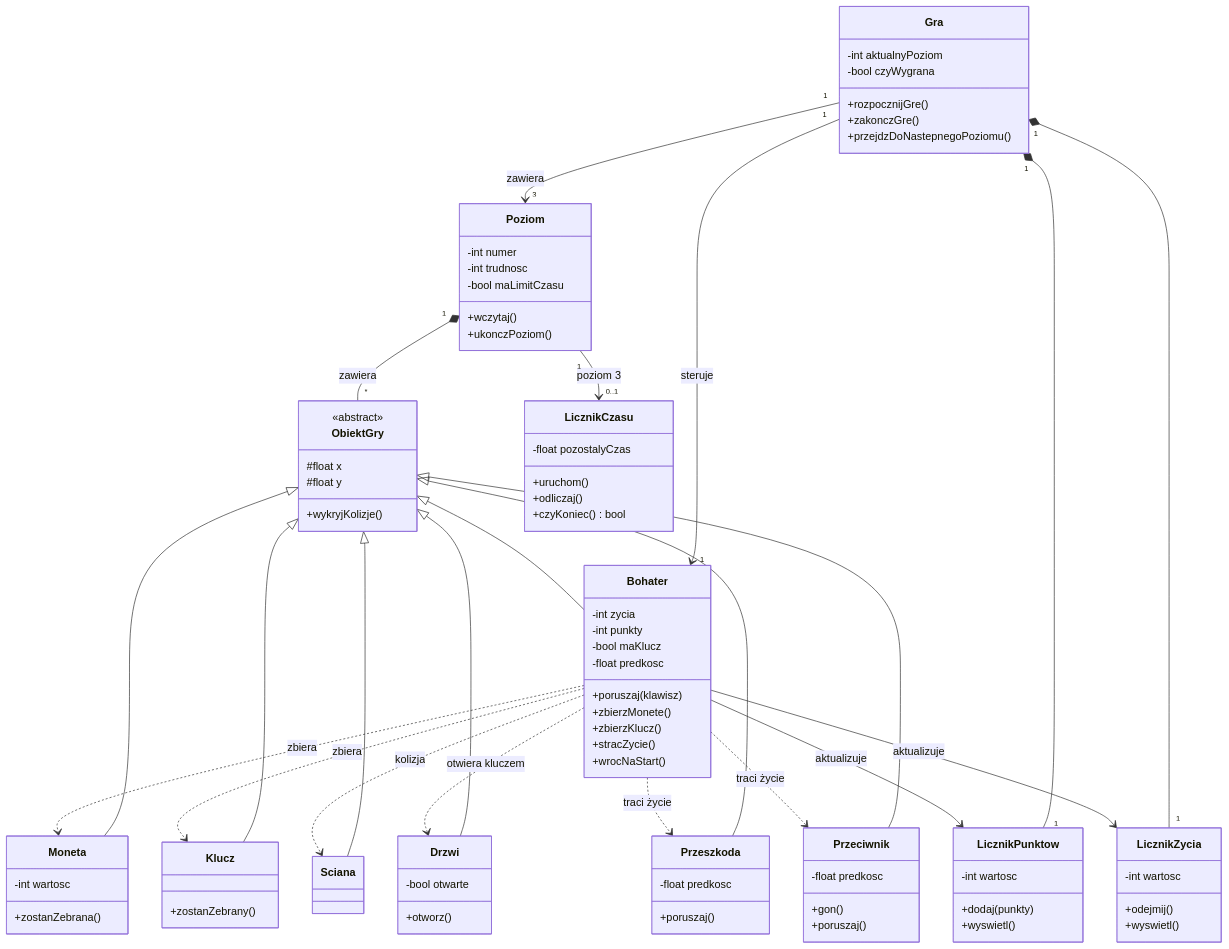
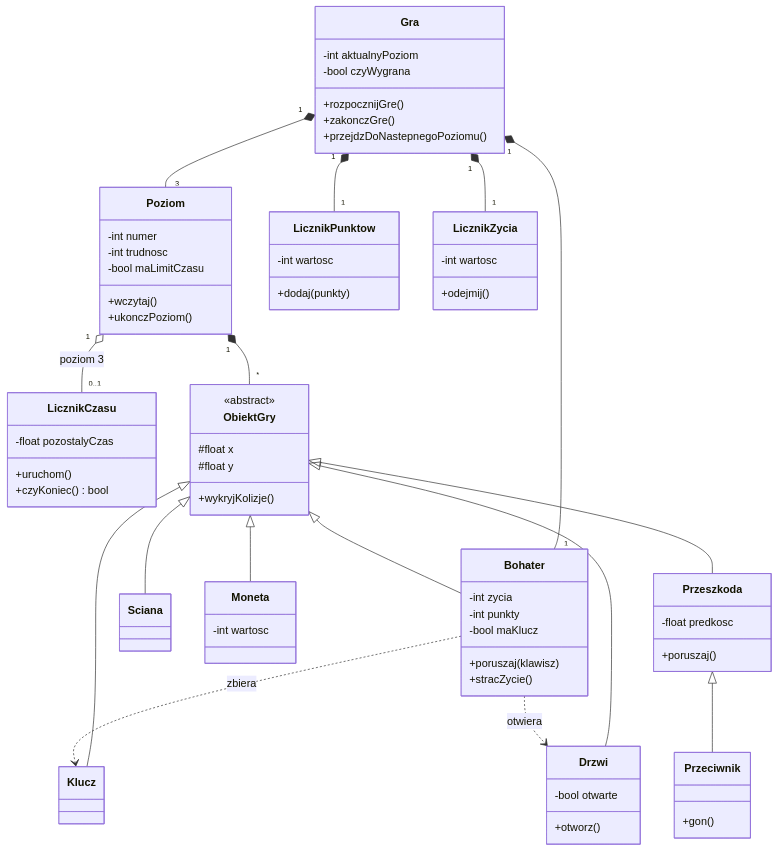
The diagram in DiagramKlas.md (damian1726/cokowliek), drawn with Mermaid before and after one commit.

````diff
--- a/DiagramKlas.md
+++ b/DiagramKlas.md
@@ -1,5 +1,7 @@
 ```mermaid
 classDiagram
+    direction TB
+
     class Gra {
         -int aktualnyPoziom
         -bool czyWygrana
@@ -16,16 +18,20 @@
         +ukonczPoziom()
     }
 
-    class Bohater {
-        -int zycia
-        -int punkty
-        -bool maKlucz
-        -float predkosc
-        +poruszaj(klawisz)
-        +zbierzMonete()
-        +zbierzKlucz()
-        +stracZycie()
-        +wrocNaStart()
+    class LicznikPunktow {
+        -int wartosc
+        +dodaj(punkty)
+    }
+
+    class LicznikZycia {
+        -int wartosc
+        +odejmij()
+    }
+
+    class LicznikCzasu {
+        -float pozostalyCzas
+        +uruchom()
+        +czyKoniec() bool
     }
 
     class ObiektGry {
@@ -35,57 +41,37 @@
         +wykryjKolizje()
     }
 
+    class Bohater {
+        -int zycia
+        -int punkty
+        -bool maKlucz
+        +poruszaj(klawisz)
+        +stracZycie()
+    }
+
     class Sciana
     class Moneta {
         -int wartosc
-        +zostanZebrana()
     }
-
-    class Klucz {
-        +zostanZebrany()
-    }
-
+    class Klucz
     class Drzwi {
         -bool otwarte
         +otworz()
     }
-
     class Przeszkoda {
         -float predkosc
         +poruszaj()
     }
-
     class Przeciwnik {
-        -float predkosc
         +gon()
-        +poruszaj()
     }
 
-    class LicznikPunktow {
-        -int wartosc
-        +dodaj(punkty)
-        +wyswietl()
-    }
-
-    class LicznikZycia {
-        -int wartosc
-        +odejmij()
-        +wyswietl()
-    }
-
-    class LicznikCzasu {
-        -float pozostalyCzas
-        +uruchom()
-        +odliczaj()
-        +czyKoniec() bool
-    }
-
-    Gra "1" --> "3" Poziom : zawiera
-    Gra "1" --> "1" Bohater : steruje
-    Poziom "1" *-- "*" ObiektGry : zawiera
-    Poziom "1" --> "0..1" LicznikCzasu : poziom 3
+    Gra "1" *-- "3" Poziom
+    Gra "1" *-- "1" Bohater
     Gra "1" *-- "1" LicznikPunktow
     Gra "1" *-- "1" LicznikZycia
+    Poziom "1" o-- "0..1" LicznikCzasu : poziom 3
+    Poziom "1" *-- "*" ObiektGry
 
     ObiektGry <|-- Bohater
     ObiektGry <|-- Sciana
@@ -93,14 +79,8 @@
     ObiektGry <|-- Klucz
     ObiektGry <|-- Drzwi
     ObiektGry <|-- Przeszkoda
-    ObiektGry <|-- Przeciwnik
+    Przeszkoda <|-- Przeciwnik
 
-    Bohater ..> Moneta : zbiera
     Bohater ..> Klucz : zbiera
-    Bohater ..> Drzwi : otwiera kluczem
-    Bohater ..> Przeszkoda : traci życie
-    Bohater ..> Przeciwnik : traci życie
-    Bohater ..> Sciana : kolizja
-    Bohater --> LicznikPunktow : aktualizuje
-    Bohater --> LicznikZycia : aktualizuje
+    Bohater ..> Drzwi : otwiera
 ```
````
